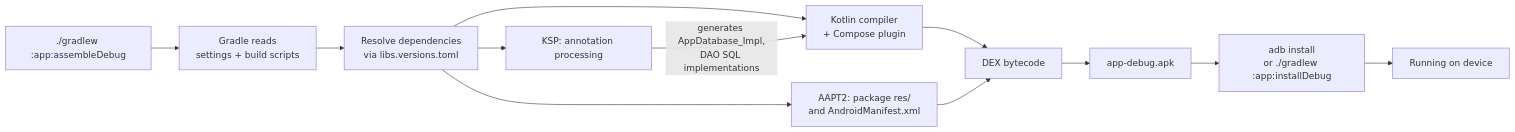
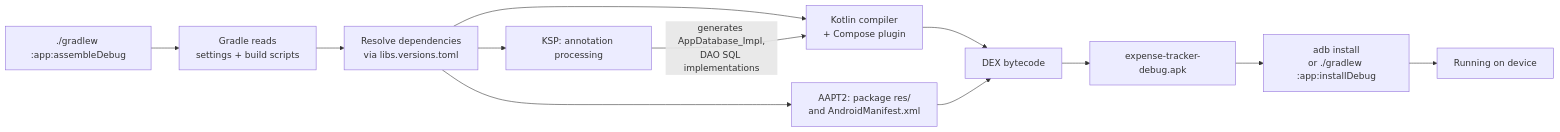
The first of 8 diagrams in ARCHITECTURE.md (Sakthikavin/ExpenseTracker), drawn with Mermaid before and after one commit. The commit also changed 3 other files, not shown here.

````diff
--- a/ARCHITECTURE.md
+++ b/ARCHITECTURE.md
@@ -70,14 +70,14 @@
 ```mermaid
 flowchart LR
     A["./gradlew :app:assembleDebug"] --> B["Gradle reads<br/>settings + build scripts"]
     B --> C["Resolve dependencies<br/>via libs.versions.toml"]
     C --> D["KSP: annotation processing"]
     C --> E["Kotlin compiler<br/>+ Compose plugin"]
     C --> F["AAPT2: package res/<br/>and AndroidManifest.xml"]
     D -->|"generates AppDatabase_Impl,<br/>DAO SQL implementations"| E
     E --> G["DEX bytecode"]
     F --> G
-    G --> H["app-debug.apk"]
+    G --> H["expense-tracker-debug.apk"]
     H --> I["adb install<br/>or ./gradlew :app:installDebug"]
     I --> J["Running on device"]
 ```
````
